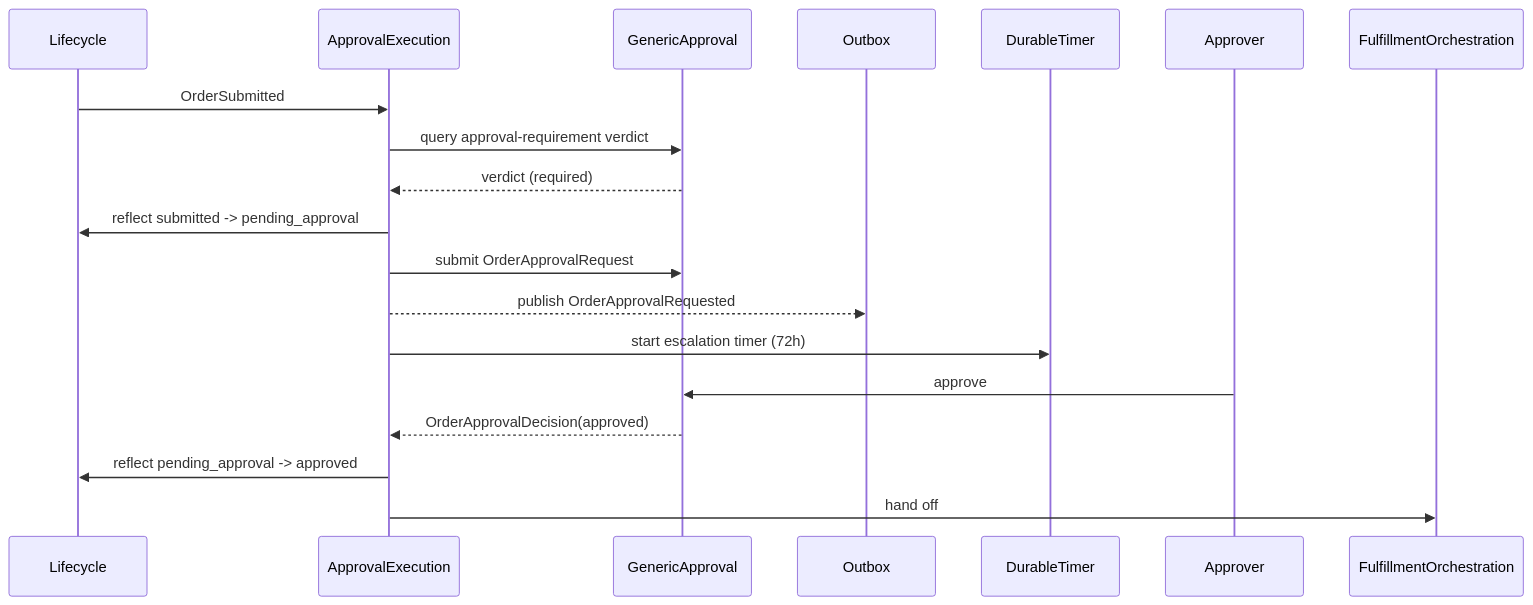
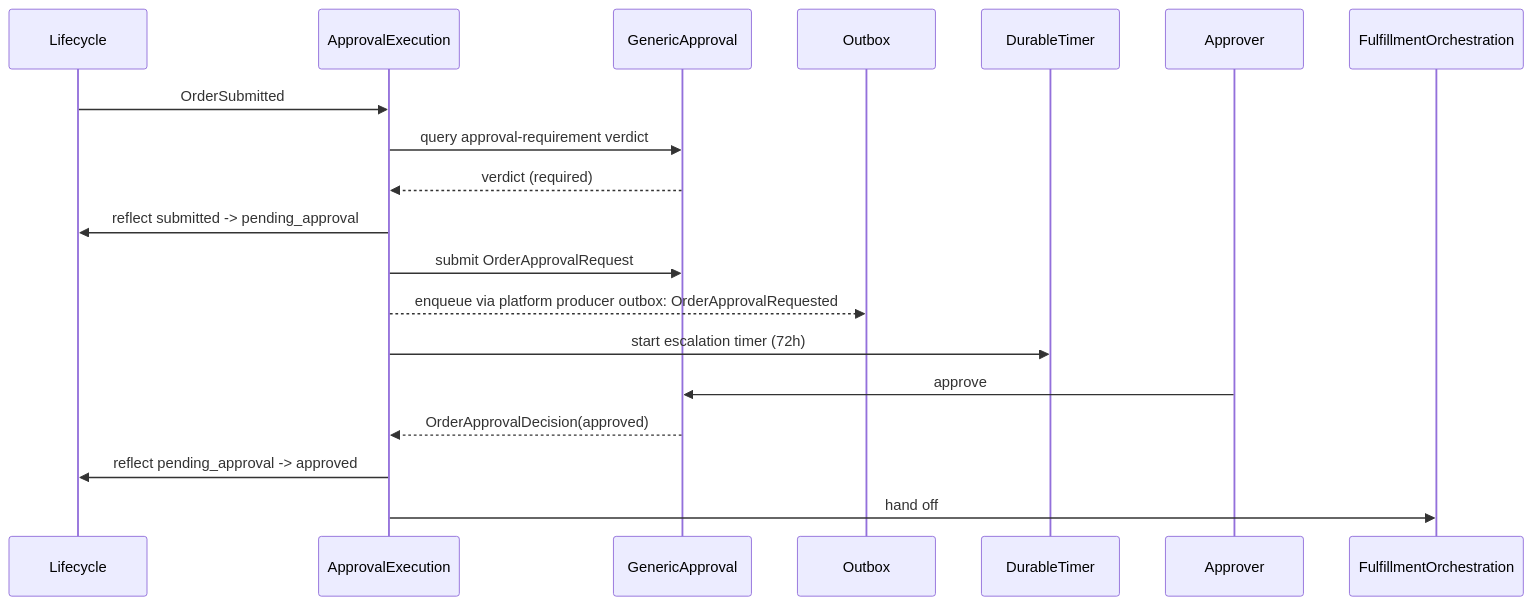
One commit to constructorfabric/gears-rust changed the third of 6 diagrams in gears/bss/orders-workflow/docs/DESIGN.md. Above: the diagram before and after it, drawn with Mermaid. The commit also changed other lines of this file and 10 other files, not shown here.

````diff
--- a/gears/bss/orders-workflow/docs/DESIGN.md
+++ b/gears/bss/orders-workflow/docs/DESIGN.md
@@ -598,14 +609,14 @@
 ```mermaid
 sequenceDiagram
     Lifecycle ->> ApprovalExecution: OrderSubmitted
     ApprovalExecution ->> GenericApproval: query approval-requirement verdict
     GenericApproval -->> ApprovalExecution: verdict (required)
     ApprovalExecution ->> Lifecycle: reflect submitted -> pending_approval
     ApprovalExecution ->> GenericApproval: submit OrderApprovalRequest
-    ApprovalExecution -->> Outbox: publish OrderApprovalRequested
+    ApprovalExecution -->> Outbox: enqueue via platform producer outbox: OrderApprovalRequested
     ApprovalExecution ->> DurableTimer: start escalation timer (72h)
     Approver ->> GenericApproval: approve
     GenericApproval -->> ApprovalExecution: OrderApprovalDecision(approved)
     ApprovalExecution ->> Lifecycle: reflect pending_approval -> approved
     ApprovalExecution ->> FulfillmentOrchestration: hand off
 ```
````
